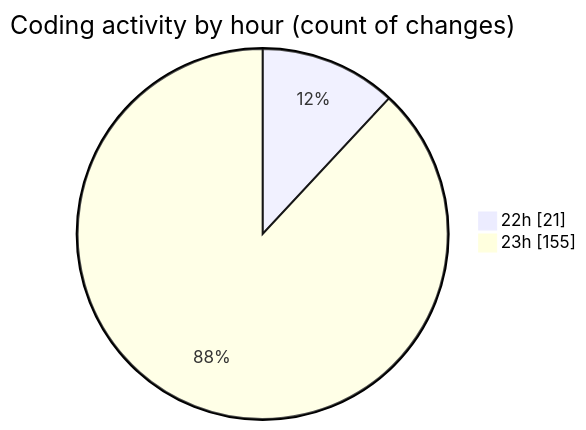
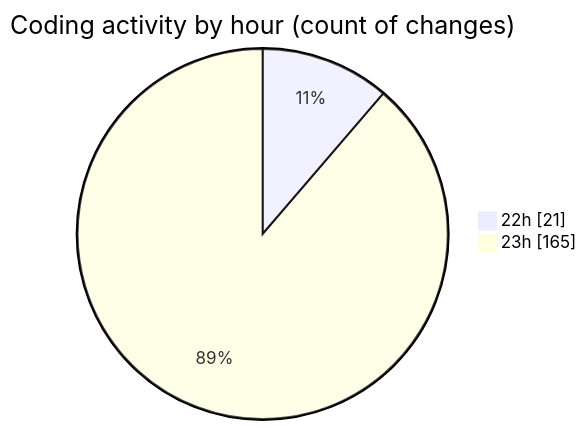
Before and after one commit to Ritupan-Deka/code-tracking: the second of 2 diagrams in 2025-07-22/javascript/README.md, drawn with Mermaid. The commit also changed other lines of this file and 1 other file, not shown here.

````diff
--- a/2025-07-22/javascript/README.md
+++ b/2025-07-22/javascript/README.md
@@ -30,6 +30,6 @@
 ```mermaid
 pie showData
 title Coding activity by hour (count of changes)
 "22h" : 21
-"23h" : 155
+"23h" : 165
 ```
````
